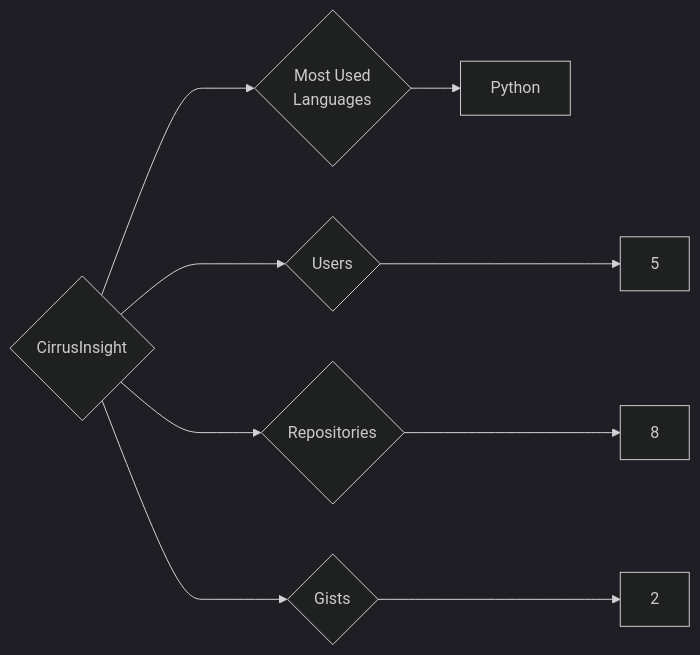
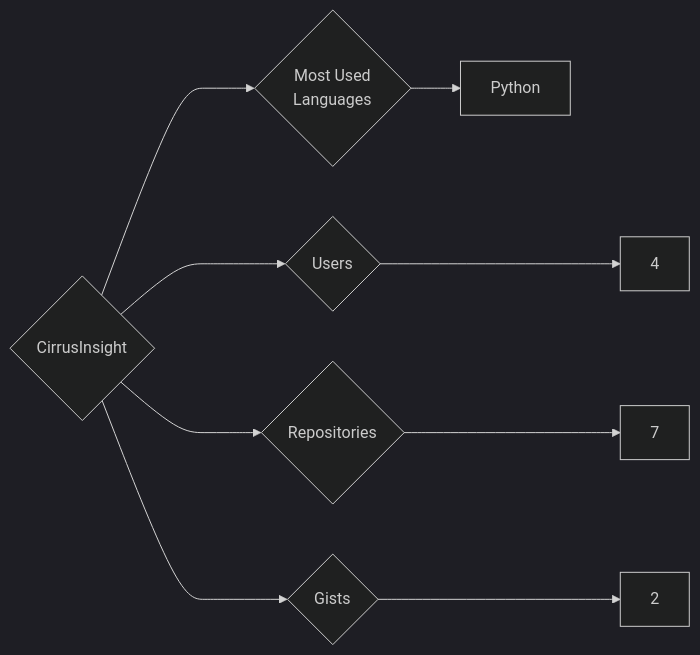
One commit to trickest/insiders changed the diagram in targets/CirrusInsight/README.md. Above: the diagram before and after it, drawn with Mermaid (dark theme). The commit also changed 1120 other files, not shown here.

````diff
--- a/targets/CirrusInsight/README.md
+++ b/targets/CirrusInsight/README.md
@@ -3,9 +3,9 @@
 ```mermaid
 graph LR
 COMPANY_NAME{CirrusInsight}
-COMPANY_NAME ---> U{Users} ---> UN[5]
-COMPANY_NAME ---> R{Repositories} ---> RN[8]
+COMPANY_NAME ---> U{Users} ---> UN[4]
+COMPANY_NAME ---> R{Repositories} ---> RN[7]
 COMPANY_NAME ---> G{Gists} ---> GN[2]
 COMPANY_NAME ---> ML{Most Used<br>Languages}
 ML --> Python[Python]
 ```
````
